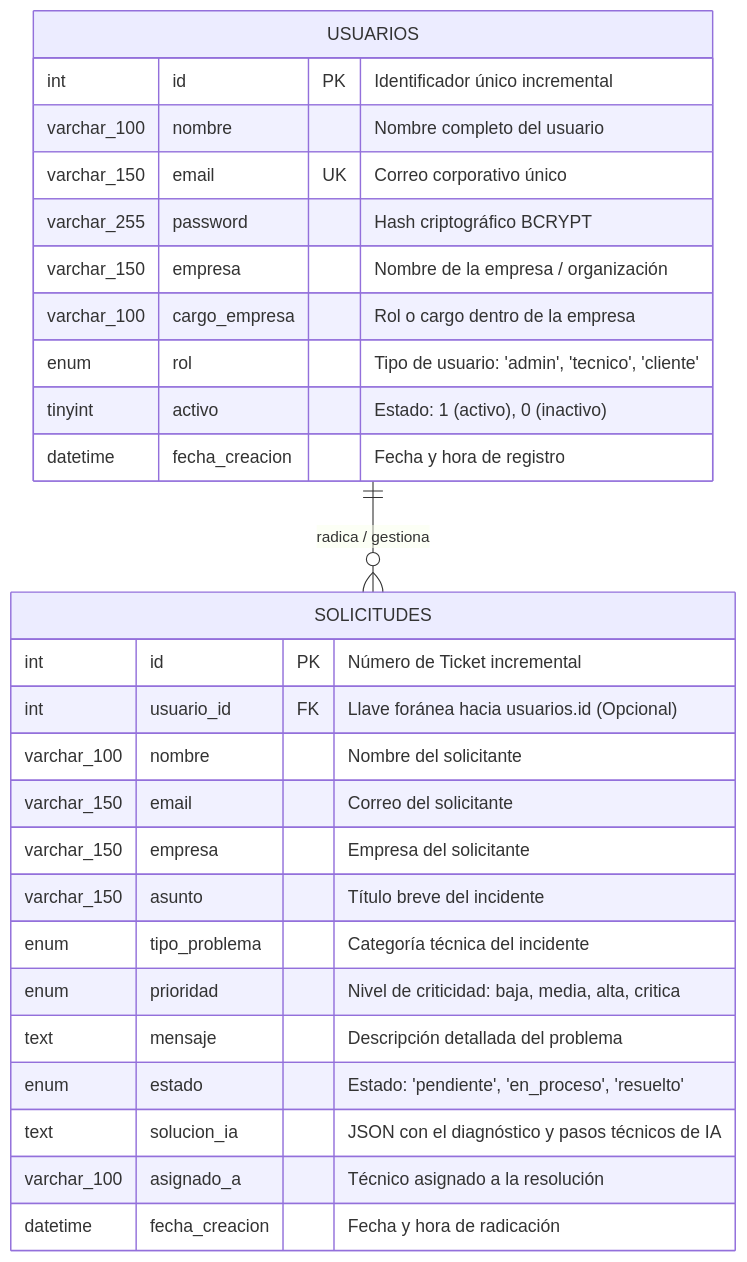
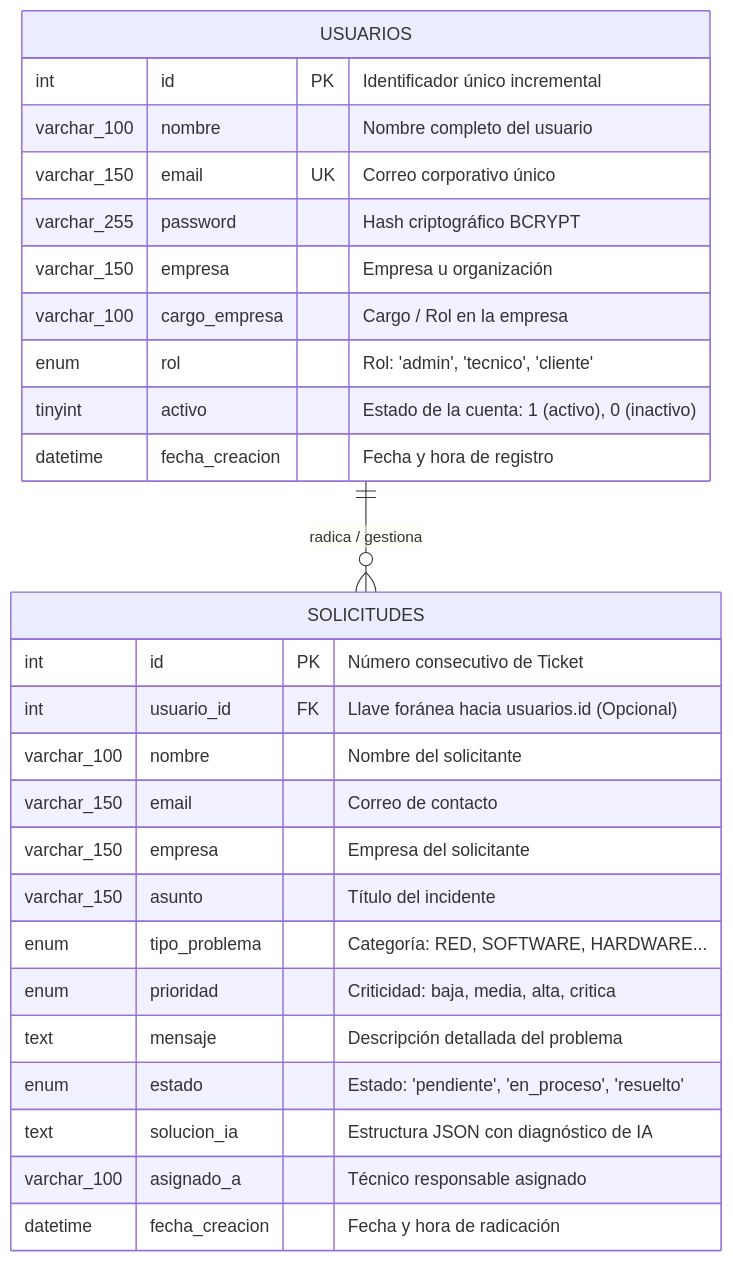
The diagram in 02-Diseño/Diagrama_Entidad_Relacion.md (JaiderBadillo/TECHCARE---SOPORTE-TI), drawn with Mermaid before and after one commit. The commit also changed other lines of this file and 2 other files, not shown here.

````diff
--- a/02-Diseño/Diagrama_Entidad_Relacion.md
+++ b/02-Diseño/Diagrama_Entidad_Relacion.md
@@ -13,32 +12,32 @@
 ```mermaid
 erDiagram
     USUARIOS ||--o{ SOLICITUDES : "radica / gestiona"
 
     USUARIOS {
         int id PK "Identificador único incremental"
         varchar_100 nombre "Nombre completo del usuario"
         varchar_150 email UK "Correo corporativo único"
         varchar_255 password "Hash criptográfico BCRYPT"
-        varchar_150 empresa "Nombre de la empresa / organización"
-        varchar_100 cargo_empresa "Rol o cargo dentro de la empresa"
-        enum rol "Tipo de usuario: 'admin', 'tecnico', 'cliente'"
-        tinyint activo "Estado: 1 (activo), 0 (inactivo)"
+        varchar_150 empresa "Empresa u organización"
+        varchar_100 cargo_empresa "Cargo / Rol en la empresa"
+        enum rol "Rol: 'admin', 'tecnico', 'cliente'"
+        tinyint activo "Estado de la cuenta: 1 (activo), 0 (inactivo)"
         datetime fecha_creacion "Fecha y hora de registro"
     }
 
     SOLICITUDES {
-        int id PK "Número de Ticket incremental"
+        int id PK "Número consecutivo de Ticket"
         int usuario_id FK "Llave foránea hacia usuarios.id (Opcional)"
         varchar_100 nombre "Nombre del solicitante"
-        varchar_150 email "Correo del solicitante"
+        varchar_150 email "Correo de contacto"
         varchar_150 empresa "Empresa del solicitante"
-        varchar_150 asunto "Título breve del incidente"
-        enum tipo_problema "Categoría técnica del incidente"
-        enum prioridad "Nivel de criticidad: baja, media, alta, critica"
+        varchar_150 asunto "Título del incidente"
+        enum tipo_problema "Categoría: RED, SOFTWARE, HARDWARE..."
+        enum prioridad "Criticidad: baja, media, alta, critica"
         text mensaje "Descripción detallada del problema"
         enum estado "Estado: 'pendiente', 'en_proceso', 'resuelto'"
-        text solucion_ia "JSON con el diagnóstico y pasos técnicos de IA"
-        varchar_100 asignado_a "Técnico asignado a la resolución"
+        text solucion_ia "Estructura JSON con diagnóstico de IA"
+        varchar_100 asignado_a "Técnico responsable asignado"
         datetime fecha_creacion "Fecha y hora de radicación"
     }
 ```
````
